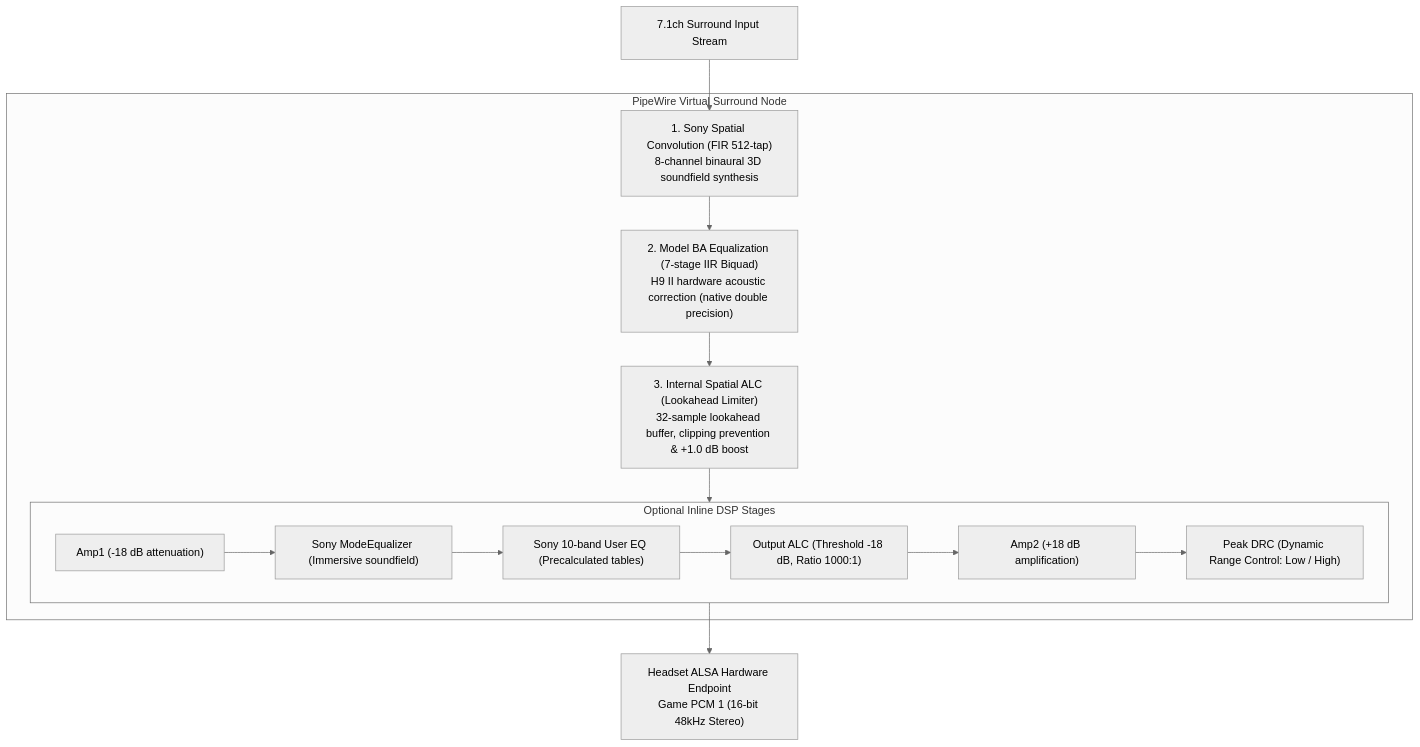
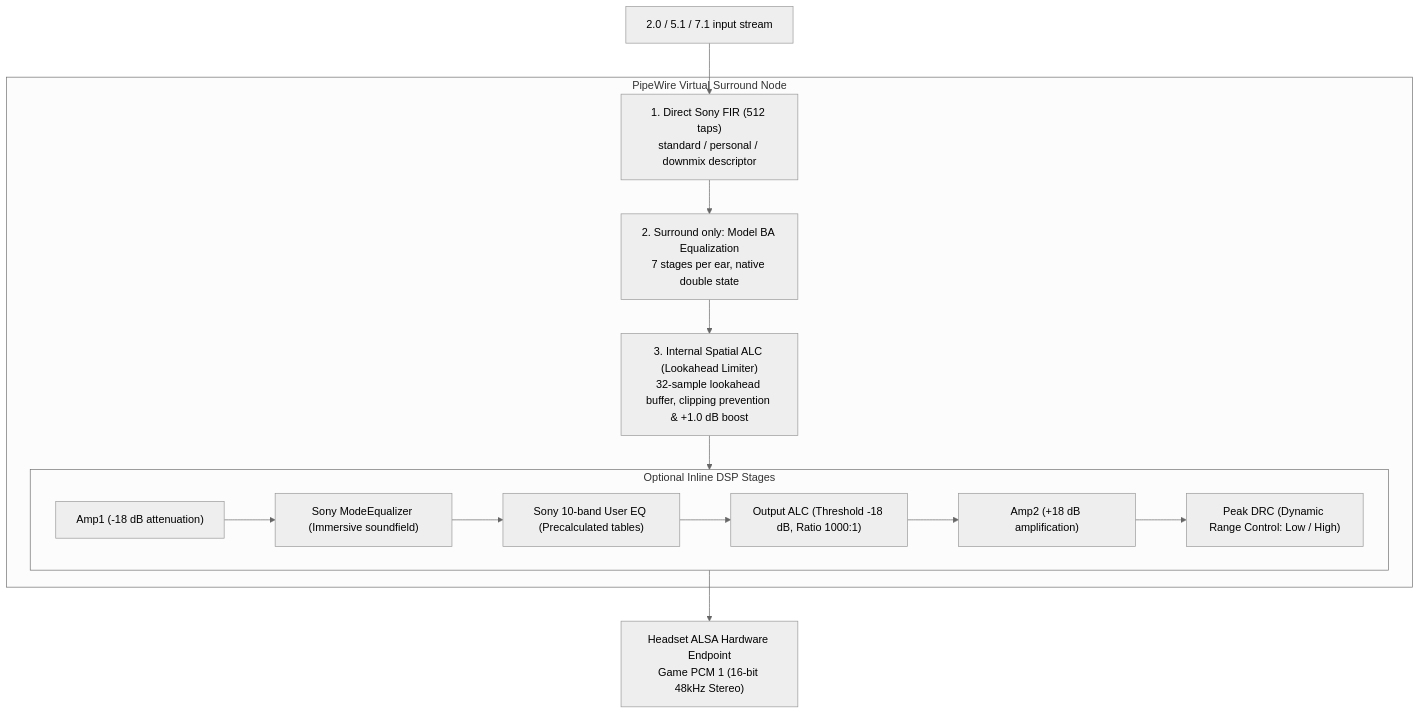
The first of 2 diagrams in docs/reverse-engineering.md (zeroday0619/inzone-linux), drawn with Mermaid (neutral theme) before and after one commit. The commit also changed other lines of this file and 53 other files, not shown here.

````diff
--- a/docs/reverse-engineering.md
+++ b/docs/reverse-engineering.md
@@ -128,24 +180,24 @@
 ```mermaid
 flowchart TD
-    In71["7.1ch Surround Input Stream"] --> Stage1
+    In71["2.0 / 5.1 / 7.1 input stream"] --> Stage1
     
     subgraph PipeWire ["PipeWire Virtual Surround Node"]
-        Stage1["1. Sony Spatial Convolution (FIR 512-tap)<br>8-channel binaural 3D soundfield synthesis"]
-        Stage2["2. Model BA Equalization (7-stage IIR Biquad)<br>H9 II hardware acoustic correction (native double precision)"]
+        Stage1["1. Direct Sony FIR (512 taps)<br>standard / personal / downmix descriptor"]
+        Stage2["2. Surround only: Model BA Equalization<br>7 stages per ear, native double state"]
         Stage3["3. Internal Spatial ALC (Lookahead Limiter)<br>32-sample lookahead buffer, clipping prevention & +1.0 dB boost"]
         
         subgraph InlineDSP ["Optional Inline DSP Stages"]
             DSP1["Amp1 (-18 dB attenuation)"]
             DSP2["Sony ModeEqualizer (Immersive soundfield)"]
             DSP3["Sony 10-band User EQ (Precalculated tables)"]
             DSP4["Output ALC (Threshold -18 dB, Ratio 1000:1)"]
             DSP5["Amp2 (+18 dB amplification)"]
             DSP6["Peak DRC (Dynamic Range Control: Low / High)"]
             DSP1 --> DSP2 --> DSP3 --> DSP4 --> DSP5 --> DSP6
         end
 
         Stage1 --> Stage2 --> Stage3 --> InlineDSP
     end
 
     InlineDSP --> Out["Headset ALSA Hardware Endpoint<br>Game PCM 1 (16-bit 48kHz Stereo)"]
 ```
````
